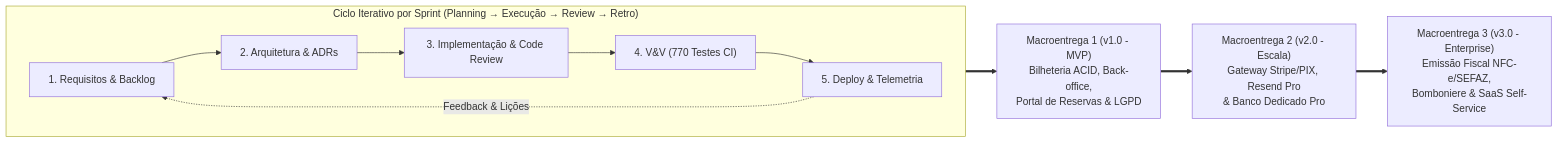
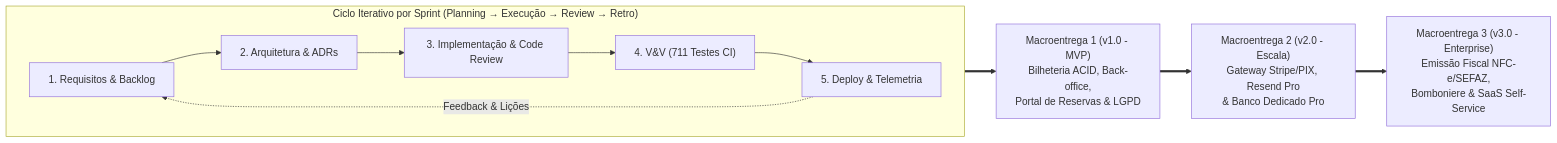
The diagram in manual/capitulos/03-processos-organizacionais.md (CINESOFT-SOLUTIONS/manual-processos-software), drawn with Mermaid before and after one commit. The commit also changed other lines of this file and 18 other files, not shown here.

````diff
--- a/manual/capitulos/03-processos-organizacionais.md
+++ b/manual/capitulos/03-processos-organizacionais.md
@@ -11,15 +11,15 @@
 ```mermaid
 flowchart LR
     subgraph Ciclo["Ciclo Iterativo por Sprint (Planning → Execução → Review → Retro)"]
         direction LR
         R["1. Requisitos & Backlog"] --> D["2. Arquitetura & ADRs"]
         D --> I["3. Implementação & Code Review"]
-        I --> T["4. V&V (770 Testes CI)"]
+        I --> T["4. V&V (711 Testes CI)"]
         T --> P["5. Deploy & Telemetria"]
         P -.->|"Feedback & Lições"| R
     end
 
     Ciclo ==> M1["Macroentrega 1 (v1.0 - MVP)\nBilheteria ACID, Back-office,\nPortal de Reservas & LGPD"]
     M1 ==> M2["Macroentrega 2 (v2.0 - Escala)\nGateway Stripe/PIX, Resend Pro\n& Banco Dedicado Pro"]
     M2 ==> M3["Macroentrega 3 (v3.0 - Enterprise)\nEmissão Fiscal NFC-e/SEFAZ,\nBomboniere & SaaS Self-Service"]
 ```
````
